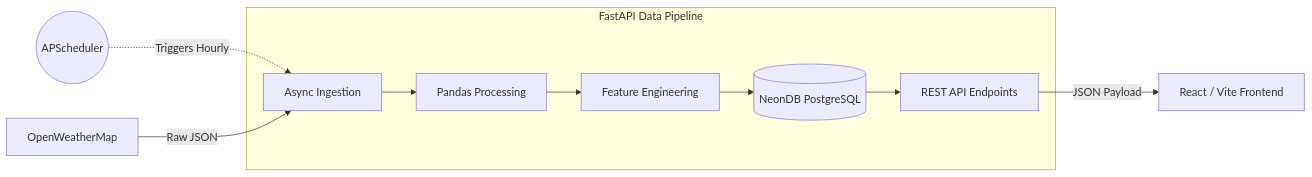
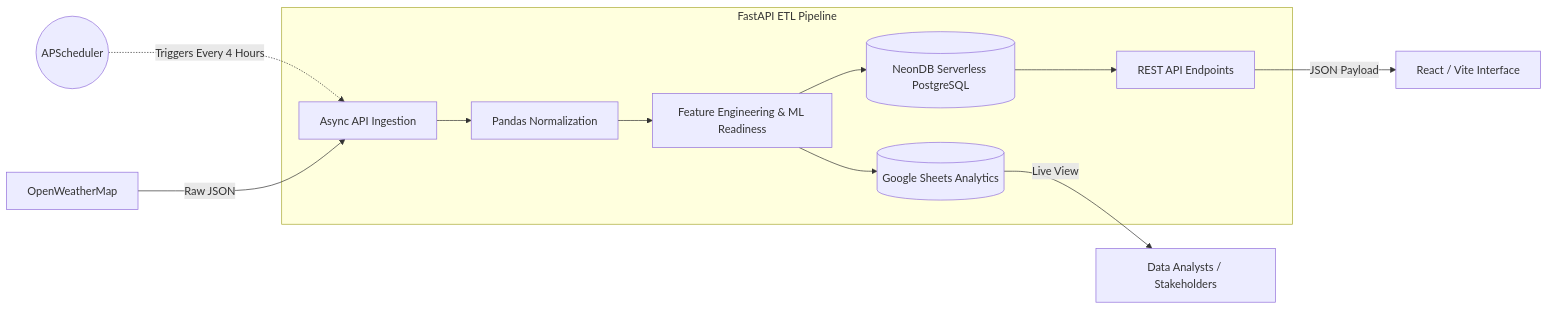
One commit to StormyStack/JatraIQ changed the diagram in README.md. Above: the diagram before and after it, drawn with Mermaid. The commit also changed other lines of this file, not shown here.

````diff
--- a/README.md
+++ b/README.md
@@ -35,21 +37,24 @@
 ```mermaid
 graph LR
     %% Data Sources
     API[OpenWeatherMap]
 
     %% Core Backend Pipeline
-    subgraph Backend [FastAPI Data Pipeline]
-    Ingest[Async Ingestion] --> Clean[Pandas Processing]
-    Clean --> Score[Feature Engineering]
-    Score --> DB[(NeonDB PostgreSQL)]
+    subgraph Backend [FastAPI ETL Pipeline]
+    Ingest[Async API Ingestion] --> Clean[Pandas Normalization]
+    Clean --> Score[Feature Engineering & ML Readiness]
+    Score --> DB[(NeonDB Serverless PostgreSQL)]
+    Score --> GS[(Google Sheets Analytics)]
     DB --> REST[REST API Endpoints]
     end
 
-    %% Frontend
-    UI[React / Vite Frontend]
+    %% Frontend & External
+    UI[React / Vite Interface]
+    Stakeholders[Data Analysts / Stakeholders]
 
     %% Connections
-    Cron((APScheduler)) -.->|Triggers Hourly| Ingest
+    Cron((APScheduler)) -.->|Triggers Every 4 Hours| Ingest
     API -->|Raw JSON| Ingest
     REST -->|JSON Payload| UI
+    GS -->|Live View| Stakeholders
 ```
````
